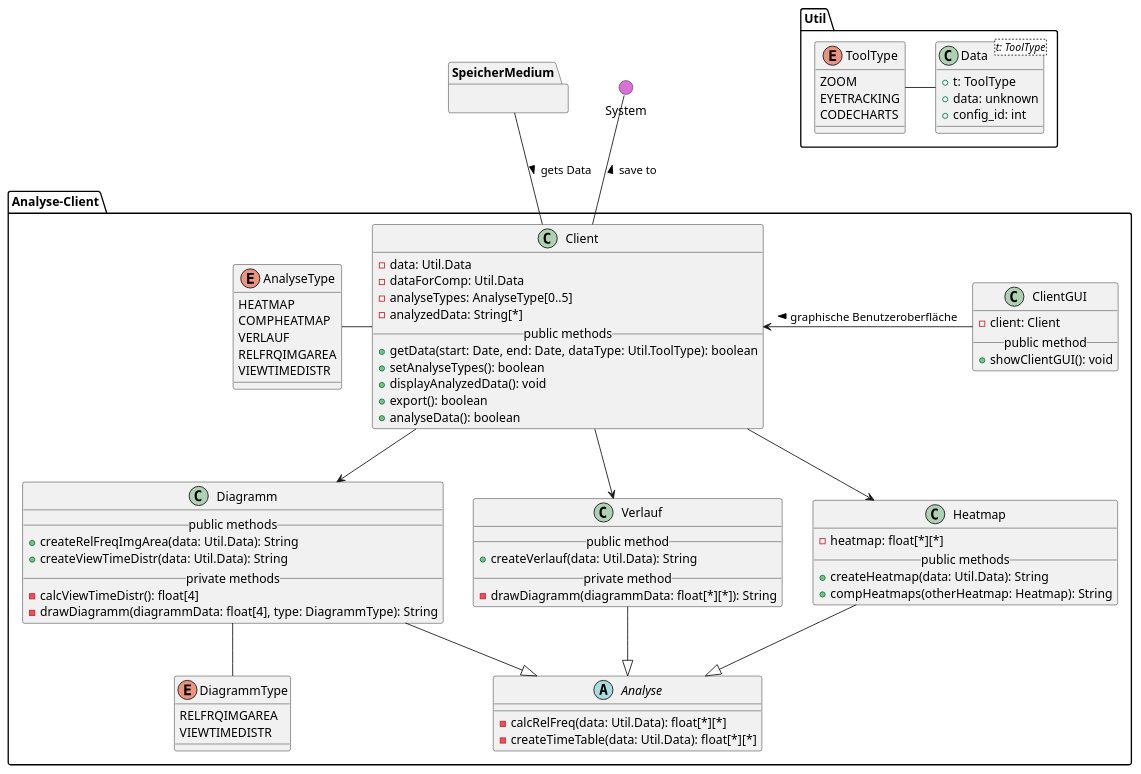
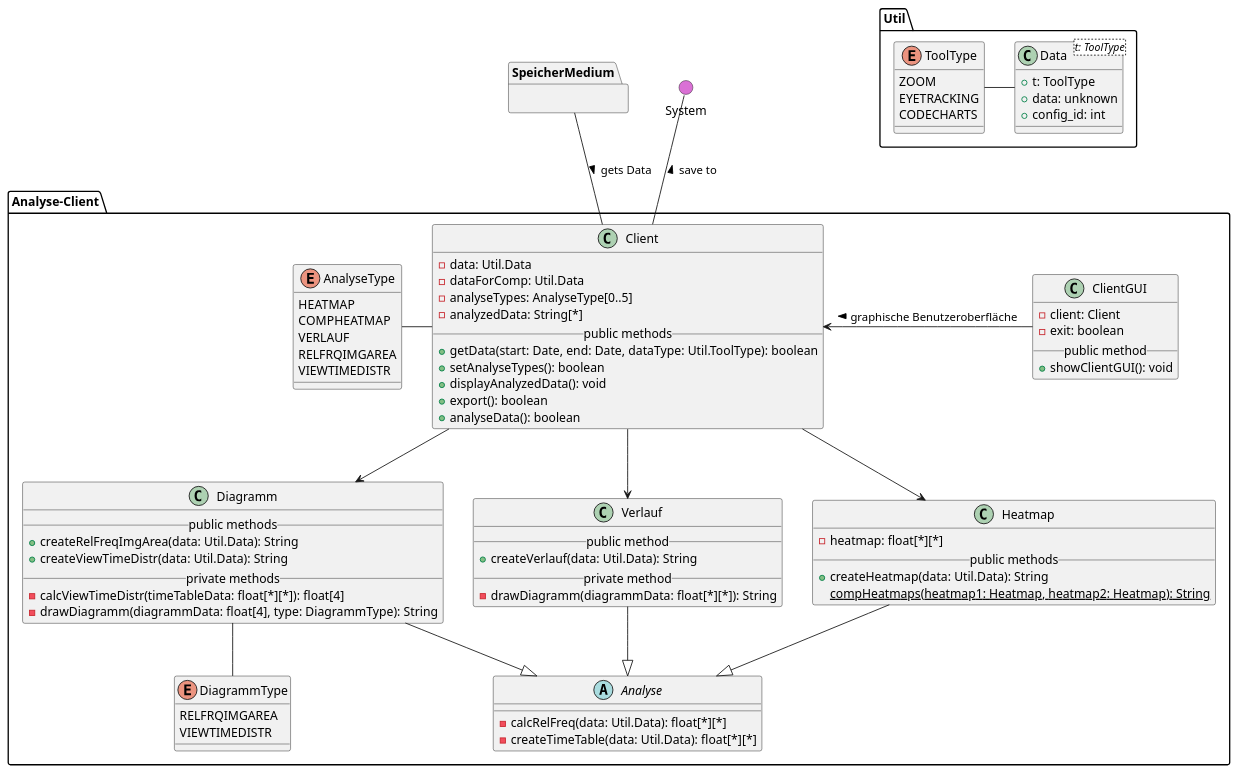
One commit to weichware-10/dokumente changed the diagram in uml-class/analyseclient/analyseclient.puml. Above: the diagram before and after it, drawn with PlantUML. The commit also changed 4 other files, not shown here.

Commit message:
Änderungen Analyseclient UML & CRC

```diff
--- a/uml-class/analyseclient/analyseclient.puml
+++ b/uml-class/analyseclient/analyseclient.puml
@@ -1,118 +1,119 @@
 @startuml analyseclient
 
 ' === ANALYSE CLIENT ===
 package Analyse-Client{
 
     ' Client
     class Client {
         - data: Util.Data
         - dataForComp: Util.Data
         - analyseTypes: AnalyseType[0..5]
         - analyzedData: String[*]
         __public methods__
         + getData(start: Date, end: Date, dataType: Util.ToolType): boolean
         + setAnalyseTypes(): boolean
         + displayAnalyzedData(): void
         + export(): boolean
         + analyseData(): boolean
     }
 
     ' Analyse
     abstract Analyse {
         - calcRelFreq(data: Util.Data): float[*][*]
         - createTimeTable(data: Util.Data): float[*][*]
     }
 
     ' Heatmap
     class Heatmap {
         - heatmap: float[*][*]
         __public methods__
         + createHeatmap(data: Util.Data): String
-        + compHeatmaps(otherHeatmap: Heatmap): String
+        {static} compHeatmaps(heatmap1: Heatmap, heatmap2: Heatmap): String
     }
 
     ' Verlauf
     class Verlauf {
         __public method__
         + createVerlauf(data: Util.Data): String
         __private method__
         - drawDiagramm(diagrammData: float[*][*]): String
     }
 
     ' Diagramm
     class Diagramm {
         __public methods__
         + createRelFreqImgArea(data: Util.Data): String
         + createViewTimeDistr(data: Util.Data): String
         __private methods__
-        - calcViewTimeDistr(): float[4]
+        - calcViewTimeDistr(timeTableData: float[*][*]): float[4]
         - drawDiagramm(diagrammData: float[4], type: DiagrammType): String
     }
 
     ' DiagrammType
     enum DiagrammType {
         RELFRQIMGAREA
         VIEWTIMEDISTR
     }
 
     ' Type
     enum AnalyseType {
         HEATMAP
         COMPHEATMAP
         VERLAUF
         RELFRQIMGAREA
         VIEWTIMEDISTR
     }
 
     ' ClientGUI
     class ClientGUI {
         - client: Client
+        - exit: boolean
         __public method__
         + showClientGUI(): void
     }
 
     ' Vererbung
     Analyse <|-u- Heatmap
     Analyse <|-u- Verlauf
     Analyse <|-u- Diagramm
 
     ' Interaktionen
     Client -d-> Heatmap
     Client -d-> Verlauf
     Client -d-> Diagramm
     Client -l- AnalyseType
     Client <-r- ClientGUI : < graphische Benutzeroberfläche
     Diagramm -- DiagrammType
 
 }
 
 ' Blackbox
 package SpeicherMedium {}
 
 package Util {
 
     ' Typen der erhobenen Daten
     enum ToolType {
         ZOOM
         EYETRACKING
         CODECHARTS
     }
 
     ' Daten
     class Data<t: ToolType> {
         + t: ToolType
         + data: unknown
         + config_id: int
     }
 
     ' Interaktionen
     Data -l- ToolType
 }
 
 () System #DA70D5
 
 ' Interaktionen
 Client -u- System: > save to
 Client -u- SpeicherMedium : < gets Data
 
 @enduml
```
